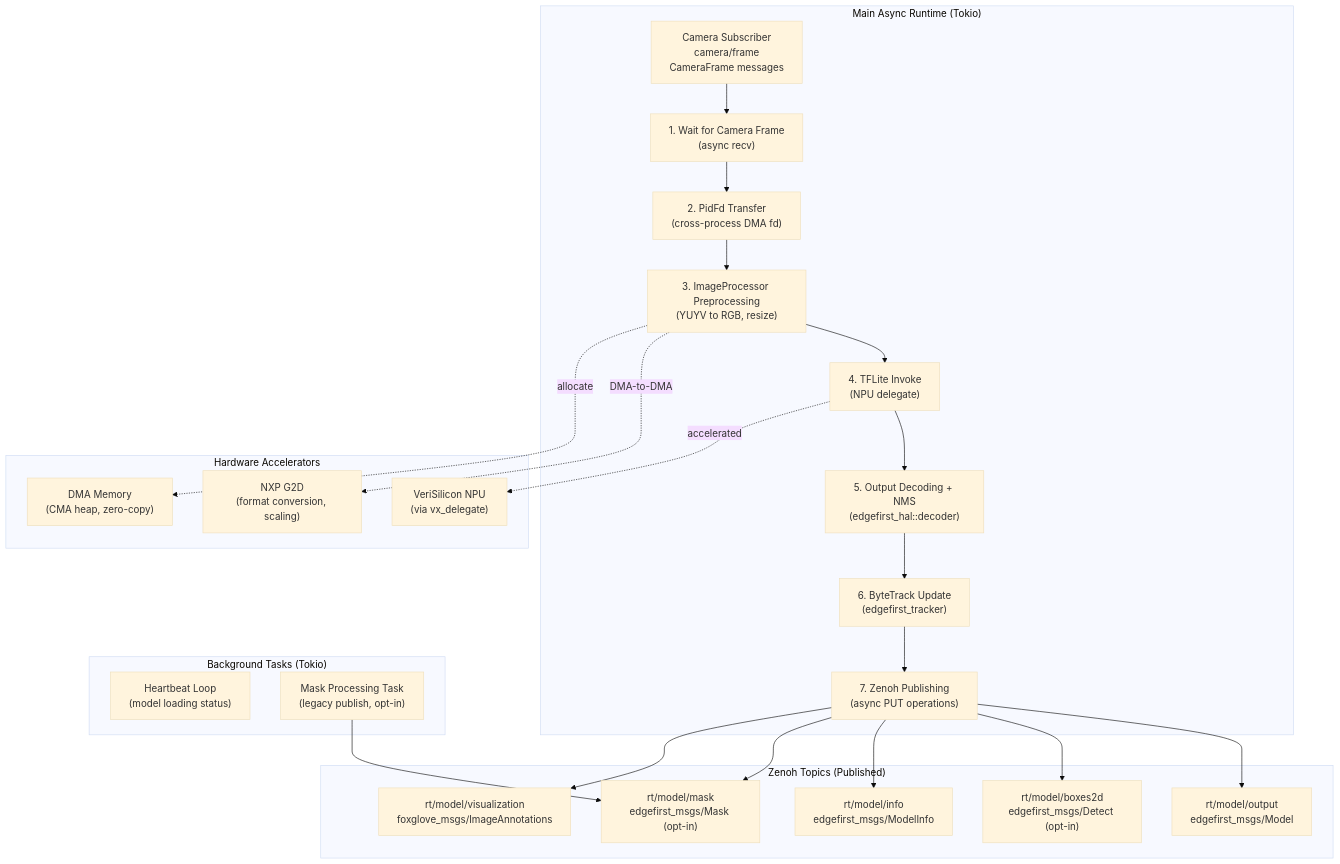
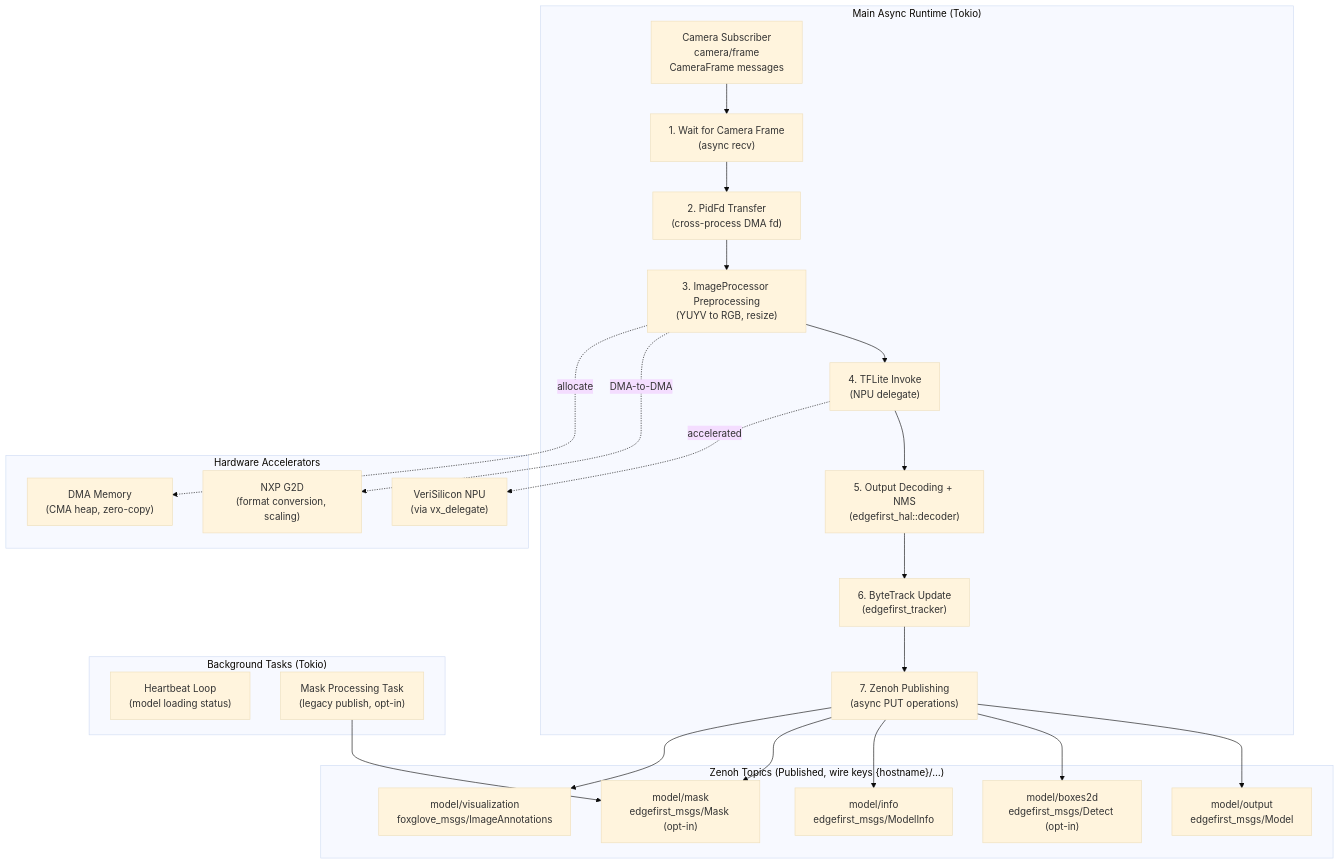
The first of 5 diagrams in ARCHITECTURE.md (EdgeFirstAI/model), drawn with Mermaid (base theme) before and after one commit. The commit also changed other lines of this file and 7 other files, not shown here.

````diff
--- a/ARCHITECTURE.md
+++ b/ARCHITECTURE.md
@@ -29,52 +29,52 @@
 ```mermaid
 graph TB
     subgraph "Main Async Runtime (Tokio)"
         CamSub["Camera Subscriber<br/>camera/frame<br/>CameraFrame messages"]
         WaitFrame["1. Wait for Camera Frame<br/>(async recv)"]
         PidFd["2. PidFd Transfer<br/>(cross-process DMA fd)"]
         G2DPrep["3. ImageProcessor Preprocessing<br/>(YUYV to RGB, resize)"]
         Inference["4. TFLite Invoke<br/>(NPU delegate)"]
         Decode["5. Output Decoding + NMS<br/>(edgefirst_hal::decoder)"]
         Track["6. ByteTrack Update<br/>(edgefirst_tracker)"]
         Publish["7. Zenoh Publishing<br/>(async PUT operations)"]
 
         CamSub --> WaitFrame
         WaitFrame --> PidFd
         PidFd --> G2DPrep
         G2DPrep --> Inference
         Inference --> Decode
         Decode --> Track
         Track --> Publish
     end
 
     subgraph "Background Tasks (Tokio)"
         Heartbeat["Heartbeat Loop<br/>(model loading status)"]
         MaskTask["Mask Processing Task<br/>(legacy publish, opt-in)"]
     end
 
-    subgraph "Zenoh Topics (Published)"
-        OutputTop["rt/model/output<br/>edgefirst_msgs/Model"]
-        InfoTop["rt/model/info<br/>edgefirst_msgs/ModelInfo"]
-        DetectTop["rt/model/boxes2d<br/>edgefirst_msgs/Detect (opt-in)"]
-        MaskTop["rt/model/mask<br/>edgefirst_msgs/Mask (opt-in)"]
-        VisualTop["rt/model/visualization<br/>foxglove_msgs/ImageAnnotations"]
+    subgraph "Zenoh Topics (Published, wire keys {hostname}/…)"
+        OutputTop["model/output<br/>edgefirst_msgs/Model"]
+        InfoTop["model/info<br/>edgefirst_msgs/ModelInfo"]
+        DetectTop["model/boxes2d<br/>edgefirst_msgs/Detect (opt-in)"]
+        MaskTop["model/mask<br/>edgefirst_msgs/Mask (opt-in)"]
+        VisualTop["model/visualization<br/>foxglove_msgs/ImageAnnotations"]
     end
 
     subgraph "Hardware Accelerators"
         NPU["VeriSilicon NPU<br/>(via vx_delegate)"]
         G2D["NXP G2D<br/>(format conversion, scaling)"]
         DMA["DMA Memory<br/>(CMA heap, zero-copy)"]
     end
 
     Publish --> OutputTop
     Publish --> DetectTop
     Publish --> InfoTop
     Publish --> MaskTop
     Publish --> VisualTop
 
     MaskTask --> MaskTop
 
     G2DPrep -.->|"DMA-to-DMA"| G2D
     Inference -.->|"accelerated"| NPU
     G2DPrep -.->|"allocate"| DMA
 ```
````
